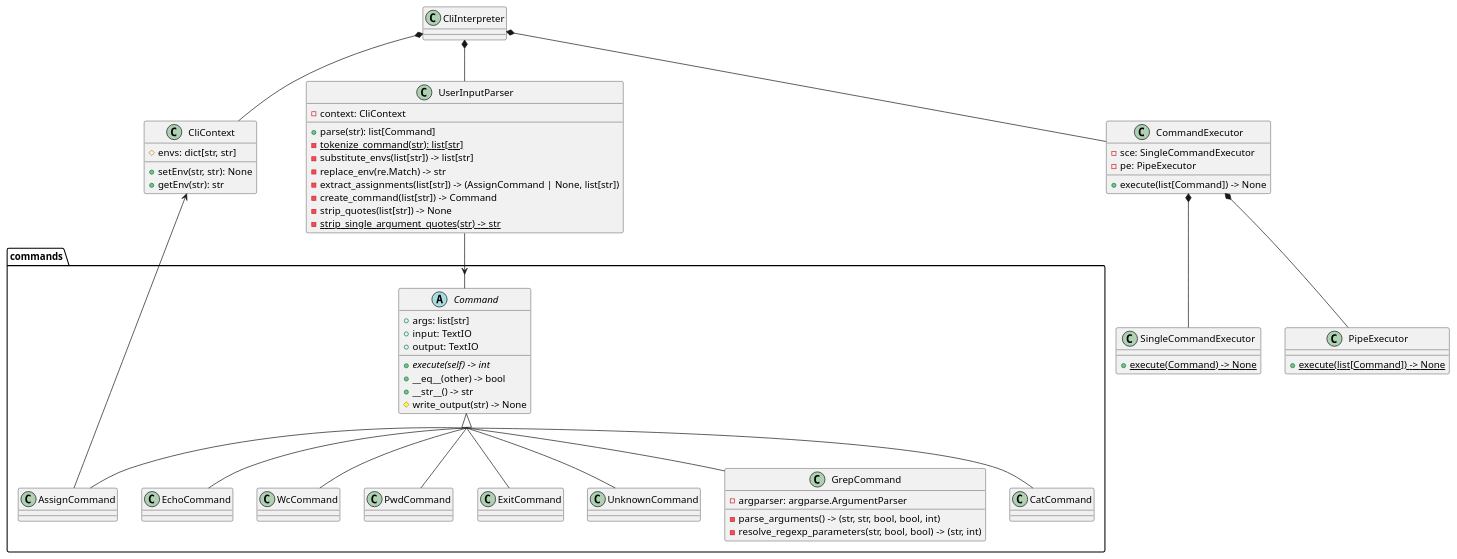
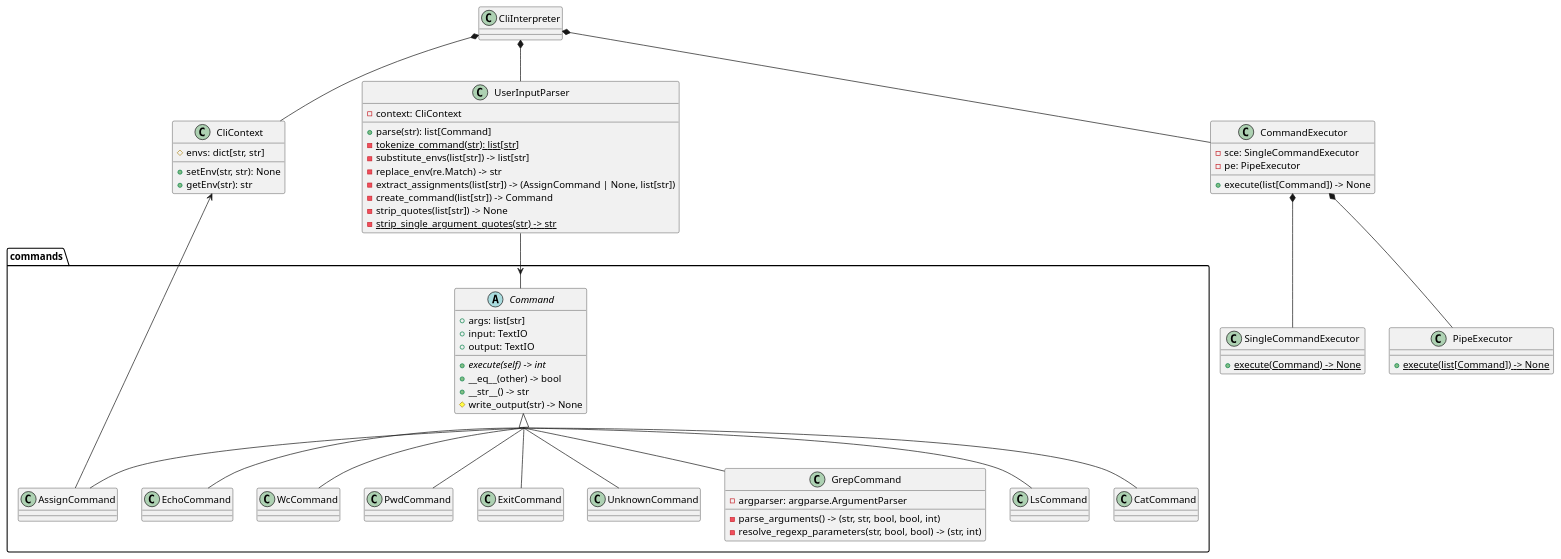
The diagram in docs/class_schema.puml (mozhayka/sd_hw1_cli), drawn with PlantUML before and after one commit. The commit also changed 6 other files, not shown here.

```diff
--- a/docs/class_schema.puml
+++ b/docs/class_schema.puml
@@ -1,96 +1,100 @@
 @startuml
 skinparam groupInheritance 4
 
 class CliInterpreter {
 }
 
 class CliContext {
     # envs: dict[str, str]
     + setEnv(str, str): None
     + getEnv(str): str
 }
 
 class UserInputParser {
     - context: CliContext
     + parse(str): list[Command]
     - {static} tokenize_command(str): list[str]
     - substitute_envs(list[str]) -> list[str]
     - replace_env(re.Match) -> str
     - extract_assignments(list[str]) -> (AssignCommand | None, list[str])
     - create_command(list[str]) -> Command
     - strip_quotes(list[str]) -> None
     - {static} strip_single_argument_quotes(str) -> str
 }
 
 class CommandExecutor {
     - sce: SingleCommandExecutor
     - pe: PipeExecutor
     + execute(list[Command]) -> None
 }
 
 class SingleCommandExecutor {
     + {static} execute(Command) -> None
 }
 
 class PipeExecutor {
     + {static} execute(list[Command]) -> None
 }
 
 package commands {
     abstract class Command {
         + args: list[str]
         + input: TextIO
         + output: TextIO
         + {abstract} execute(self) -> int
         + __eq__(other) -> bool
         + __str__() -> str
         # write_output(str) -> None
     }
 
     class CatCommand {
     }
 
     class EchoCommand {
     }
 
     class WcCommand {
     }
 
     class PwdCommand {
     }
 
     class ExitCommand {
     }
 
     class AssignCommand {
     }
 
     class UnknownCommand {
     }
 
     class GrepCommand {
         - argparser: argparse.ArgumentParser
         - parse_arguments() -> (str, str, bool, bool, int)
         - resolve_regexp_parameters(str, bool, bool) -> (str, int)
     }
+
+    class LsCommand {
+    }
 }
 
 CliInterpreter *-- UserInputParser
 CliInterpreter *-- CommandExecutor
 CliInterpreter *-- CliContext
 
 UserInputParser --> Command
 CommandExecutor *-- SingleCommandExecutor
 CommandExecutor *-- PipeExecutor
 
 Command <|-- CatCommand
 Command <|-- EchoCommand
 Command <|-- WcCommand
 Command <|-- PwdCommand
 Command <|-- ExitCommand
 Command <|-- AssignCommand
 CliContext <-- AssignCommand
 Command <|-- UnknownCommand
 Command <|-- GrepCommand
+Command <|-- LsCommand
 
 @enduml
```
